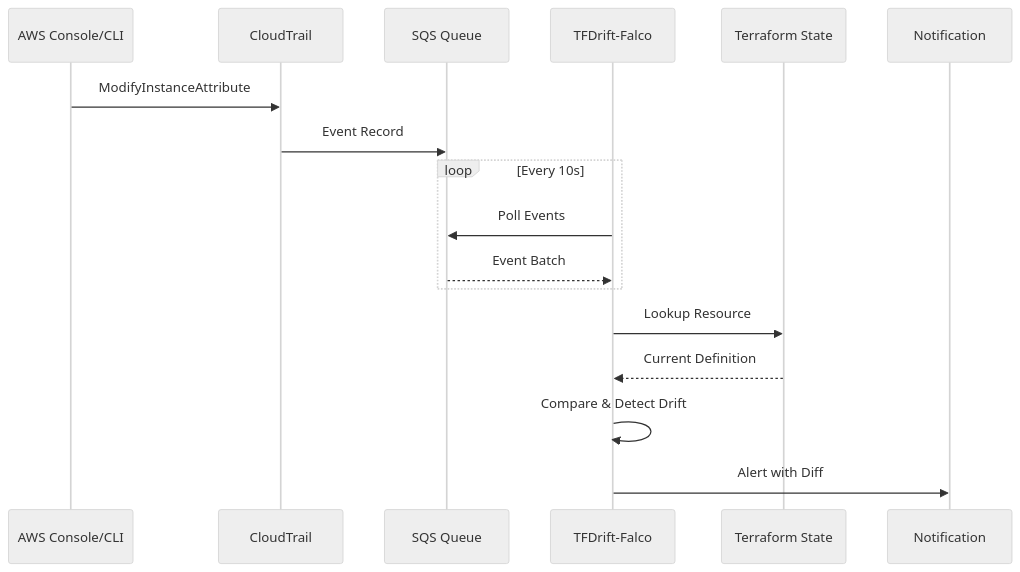
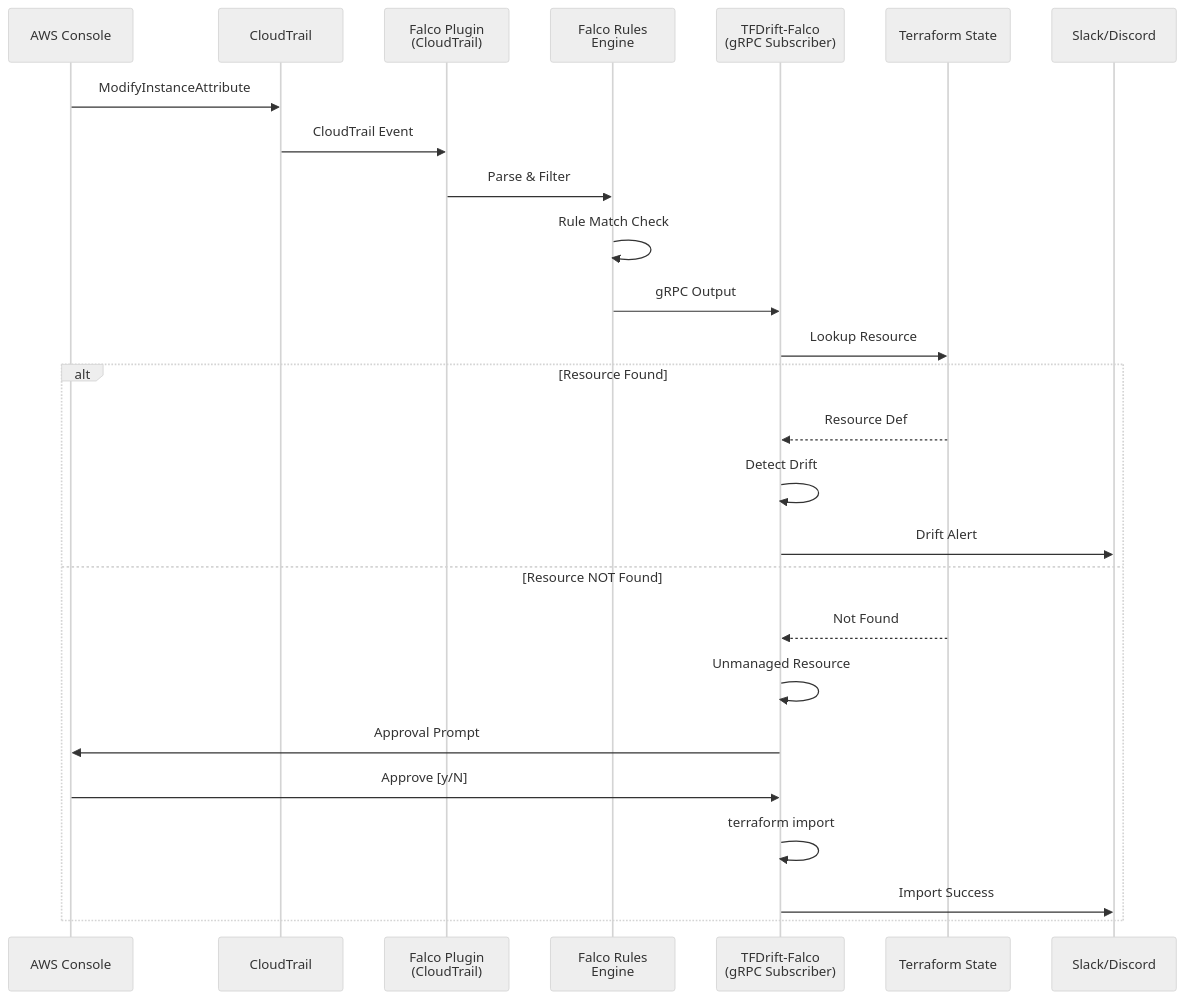
One commit to higakikeita/tech-articles changed the diagram in zenn/2025-01-15_tfdrift-falco-technical.md. Above: the diagram before and after it, drawn with Mermaid (neutral theme). The commit also changed other lines of this file and 1 other file, not shown here.

First line of the commit message:
Rewrite TFDrift-Falco technical article with latest features

````diff
--- a/zenn/2025-01-15_tfdrift-falco-technical.md
+++ b/zenn/2025-01-15_tfdrift-falco-technical.md
@@ -34,20 +62,30 @@
 ```mermaid
 sequenceDiagram
-    participant User as AWS Console/CLI
+    participant User as AWS Console
     participant CT as CloudTrail
-    participant SQS as SQS Queue
-    participant TFD as TFDrift-Falco
-    participant State as Terraform State
-    participant Slack as Notification
+    participant FP as Falco Plugin<br/>(CloudTrail)
+    participant FR as Falco Rules<br/>Engine
+    participant TFD as TFDrift-Falco<br/>(gRPC Subscriber)
+    participant TS as Terraform State
+    participant Slack as Slack/Discord
 
     User->>CT: ModifyInstanceAttribute
-    CT->>SQS: Event Record
-    loop Every 10s
-        TFD->>SQS: Poll Events
-        SQS-->>TFD: Event Batch
+    CT->>FP: CloudTrail Event
+    FP->>FR: Parse & Filter
+    FR->>FR: Rule Match Check
+    FR->>TFD: gRPC Output
+    TFD->>TS: Lookup Resource
+
+    alt Resource Found
+        TS-->>TFD: Resource Def
+        TFD->>TFD: Detect Drift
+        TFD->>Slack: Drift Alert
+    else Resource NOT Found
+        TS-->>TFD: Not Found
+        TFD->>TFD: Unmanaged Resource
+        TFD->>User: Approval Prompt
+        User->>TFD: Approve [y/N]
+        TFD->>TFD: terraform import
+        TFD->>Slack: Import Success
     end
-    TFD->>State: Lookup Resource
-    State-->>TFD: Current Definition
-    TFD->>TFD: Compare & Detect Drift
-    TFD->>Slack: Alert with Diff
 ```
````
